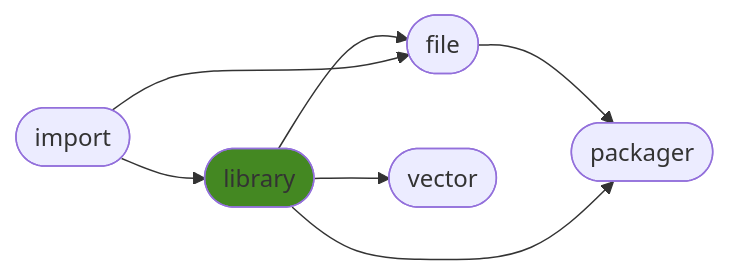
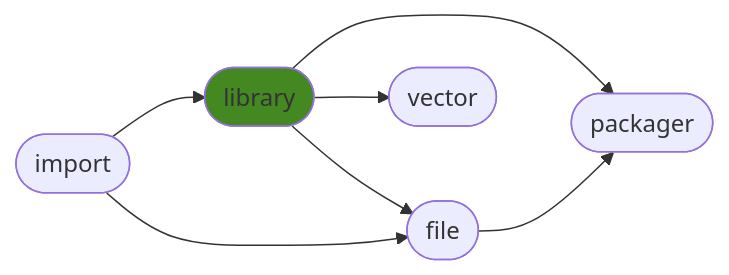
The diagram in README.md (ManderaGeneral/generallibrary), drawn with Mermaid before and after one commit. The commit also changed other lines of this file, not shown here.

````diff
--- a/README.md
+++ b/README.md
@@ -24,15 +24,15 @@
 ```mermaid
 flowchart LR
-1([library]) --> 2([file])
-1([library]) --> 3([vector])
-2([file]) --> 4([packager])
 0([import]) --> 1([library])
 0([import]) --> 2([file])
 1([library]) --> 4([packager])
+1([library]) --> 3([vector])
+1([library]) --> 2([file])
+2([file]) --> 4([packager])
 click 0 "https://github.com/ManderaGeneral/generalimport"
 click 1 "https://github.com/ManderaGeneral/generallibrary"
 click 2 "https://github.com/ManderaGeneral/generalfile"
 click 3 "https://github.com/ManderaGeneral/generalvector"
 click 4 "https://github.com/ManderaGeneral/generalpackager"
 style 1 fill:#482
 ```
````
